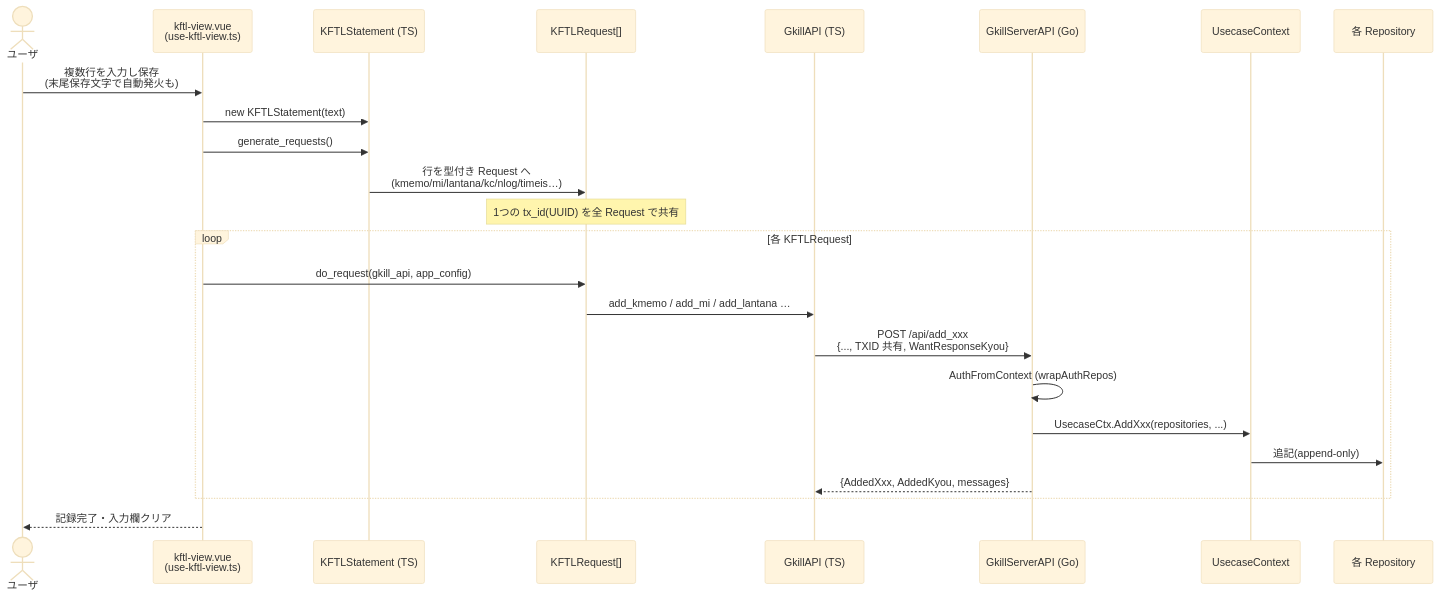
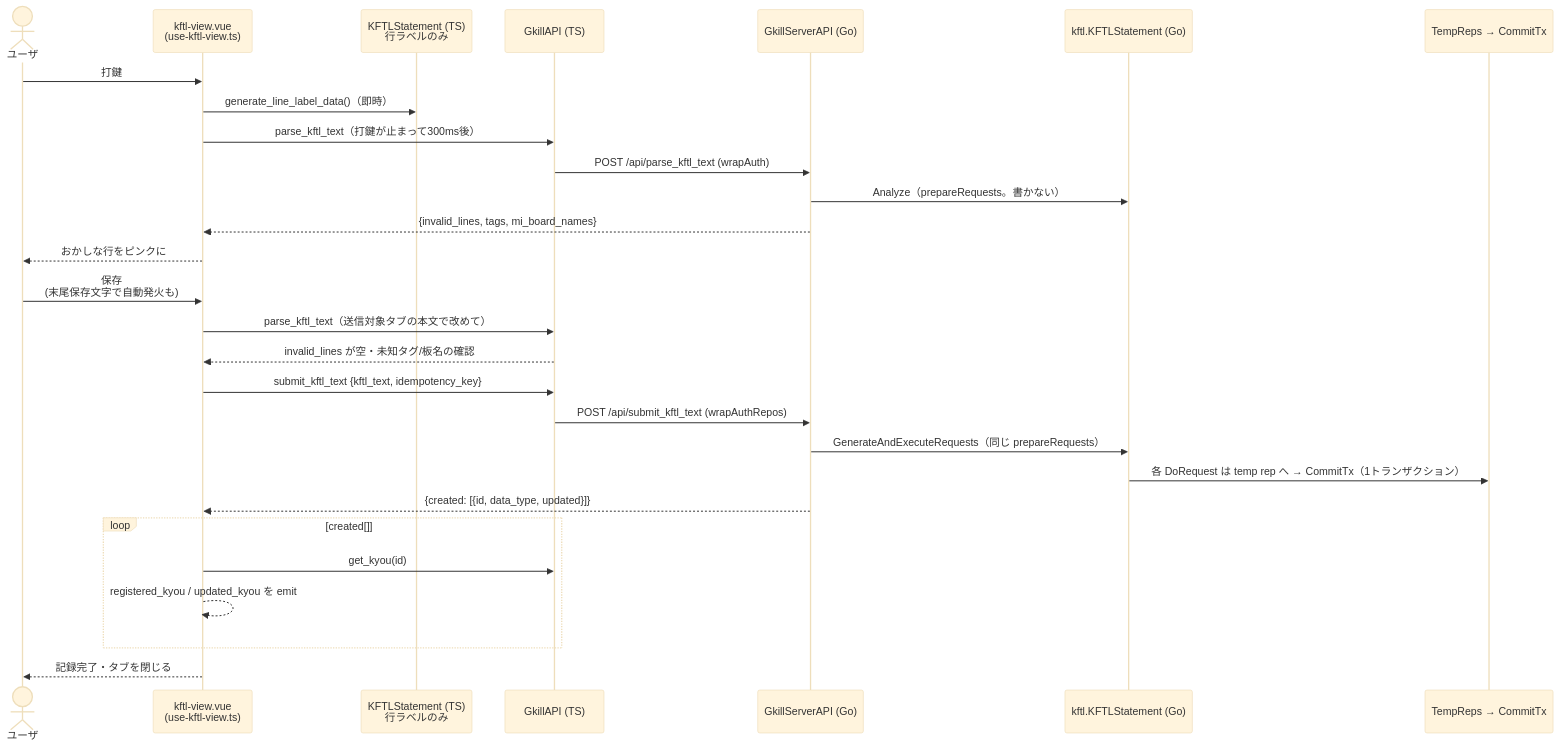
Before and after one commit to mt3hr/gkill: the fifth of 25 diagrams in documents/reverse/scenario.md, drawn with Mermaid (base theme). The commit also changed other lines of this file and 151 other files, not shown here.

````diff
--- a/documents/reverse/scenario.md
+++ b/documents/reverse/scenario.md
@@ -191,27 +191,31 @@
 ```mermaid
 sequenceDiagram
     actor User as ユーザ
     participant View as kftl-view.vue<br>(use-kftl-view.ts)
-    participant Stmt as KFTLStatement (TS)
-    participant Req as KFTLRequest[]
+    participant Stmt as KFTLStatement (TS)<br>行ラベルのみ
     participant GkillAPI as GkillAPI (TS)
     participant API as GkillServerAPI (Go)
-    participant UC as UsecaseContext
-    participant Reps as 各 Repository
+    participant KFTL as kftl.KFTLStatement (Go)
+    participant Reps as TempReps → CommitTx
 
-    User->>View: 複数行を入力し保存<br>(末尾保存文字で自動発火も)
-    View->>Stmt: new KFTLStatement(text)
-    View->>Stmt: generate_requests()
-    Stmt->>Req: 行を型付き Request へ<br>(kmemo/mi/lantana/kc/nlog/timeis…)
-    Note over Req: 1つの tx_id(UUID) を全 Request で共有
-    loop 各 KFTLRequest
-        View->>Req: do_request(gkill_api, app_config)
-        Req->>GkillAPI: add_kmemo / add_mi / add_lantana …
-        GkillAPI->>API: POST /api/add_xxx<br>{..., TXID 共有, WantResponseKyou}
-        API->>API: AuthFromContext (wrapAuthRepos)
-        API->>UC: UsecaseCtx.AddXxx(repositories, ...)
-        UC->>Reps: 追記(append-only)
-        API-->>GkillAPI: {AddedXxx, AddedKyou, messages}
+    User->>View: 打鍵
+    View->>Stmt: generate_line_label_data()（即時）
+    View->>GkillAPI: parse_kftl_text（打鍵が止まって300ms後）
+    GkillAPI->>API: POST /api/parse_kftl_text (wrapAuth)
+    API->>KFTL: Analyze（prepareRequests。書かない）
+    API-->>View: {invalid_lines, tags, mi_board_names}
+    View-->>User: おかしな行をピンクに
+    User->>View: 保存<br>(末尾保存文字で自動発火も)
+    View->>GkillAPI: parse_kftl_text（送信対象タブの本文で改めて）
+    GkillAPI-->>View: invalid_lines が空・未知タグ/板名の確認
+    View->>GkillAPI: submit_kftl_text {kftl_text, idempotency_key}
+    GkillAPI->>API: POST /api/submit_kftl_text (wrapAuthRepos)
+    API->>KFTL: GenerateAndExecuteRequests（同じ prepareRequests）
+    KFTL->>Reps: 各 DoRequest は temp rep へ → CommitTx（1トランザクション）
+    API-->>View: {created: [{id, data_type, updated}]}
+    loop created[]
+        View->>GkillAPI: get_kyou(id)
+        View-->>View: registered_kyou / updated_kyou を emit
     end
-    View-->>User: 記録完了・入力欄クリア
+    View-->>User: 記録完了・タブを閉じる
 ```
````
